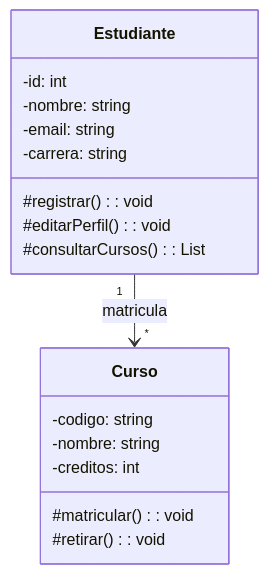
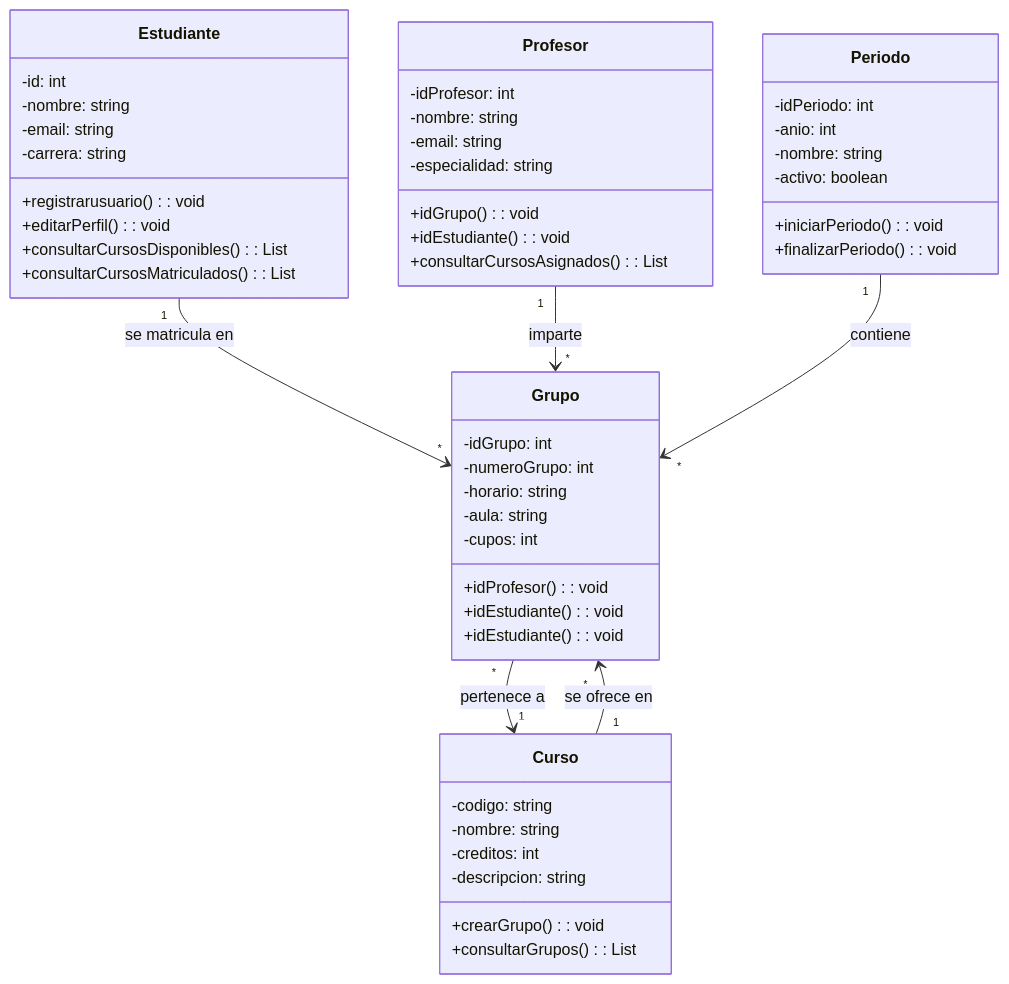
The diagram in LAB 1/Diagrama de clase.mmd (eam-cr/II-51-Laboratorios), drawn with Mermaid before and after one commit. The commit also changed other lines of this file and 1 other file, not shown here.

```diff
--- a/LAB 1/Diagrama de clase.mmd
+++ b/LAB 1/Diagrama de clase.mmd
@@ -1,20 +1,56 @@
 classDiagram
     class Estudiante {
         -id: int
         -nombre: string
         -email: string
         -carrera: string
-        #registrar(): void
-        #editarPerfil(): void
-        #consultarCursos(): List<Curso>
+        +registrarusuario(): void
+        +editarPerfil(): void
+        +consultarCursosDisponibles(): List<Curso>
+        +consultarCursosMatriculados(): List<Grupo>
+    }
+
+    class Profesor {
+        -idProfesor: int
+        -nombre: string
+        -email: string
+        -especialidad: string
+        +idGrupo(): void
+        +idEstudiante(): void
+        +consultarCursosAsignados(): List<Curso>
     }
 
     class Curso {
         -codigo: string
         -nombre: string
         -creditos: int
-        #matricular(): void
-        #retirar(): void
+        -descripcion: string
+        +crearGrupo(): void
+        +consultarGrupos(): List<Grupo>
     }
 
-    Estudiante "1" --> "*" Curso : matricula
+    class Grupo {
+        -idGrupo: int
+        -numeroGrupo: int
+        -horario: string
+        -aula: string
+        -cupos: int
+        +idProfesor(): void
+        +idEstudiante(): void
+        +idEstudiante(): void
+    }
+
+    class Periodo {
+        -idPeriodo: int
+        -anio: int
+        -nombre: string
+        -activo: boolean
+        +iniciarPeriodo(): void
+        +finalizarPeriodo(): void
+    }
+
+    Estudiante "1" --> "*" Grupo : se matricula en
+    Grupo "*" --> "1" Curso : pertenece a
+    Profesor "1" --> "*" Grupo : imparte
+    Periodo "1" --> "*" Grupo : contiene
+    Curso "1" --> "*" Grupo : se ofrece en
```
